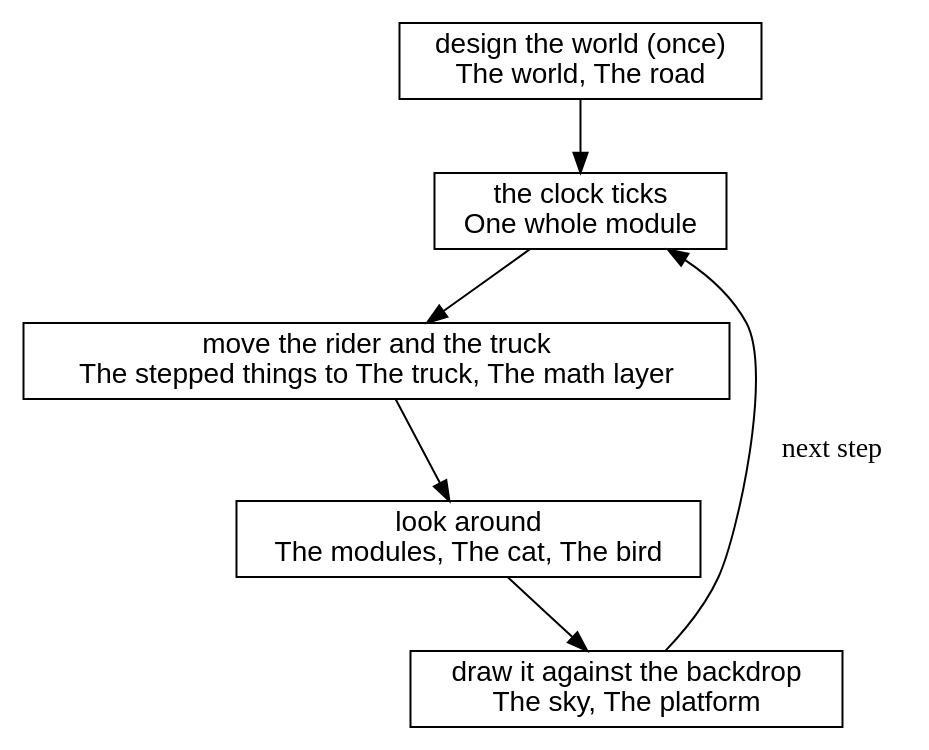
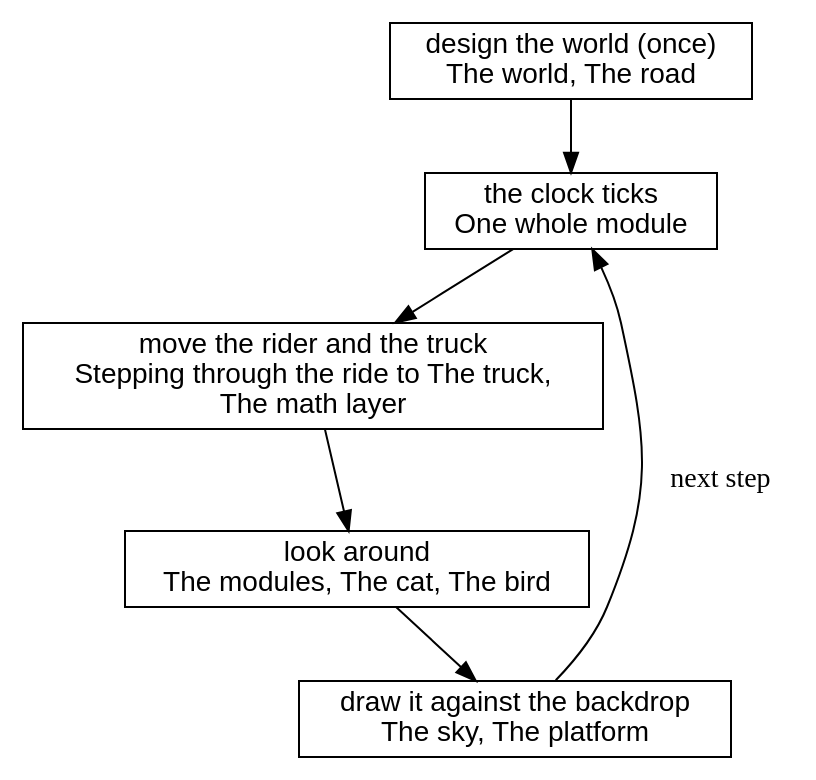
One commit to showell/roc-apps changed diagram 29 of 29 in canvas_apps/safari/tutorial/tutorial.md. Above: the diagram before and after it, drawn with Graphviz. The commit also changed other lines of this file and 1 other file, not shown here.

````diff
--- a/canvas_apps/safari/tutorial/tutorial.md
+++ b/canvas_apps/safari/tutorial/tutorial.md
@@ -2305,15 +2345,15 @@
 ```dot
 digraph opened {
   node [shape=box, fontname="Helvetica"];
   world [label="design the world (once)\nThe world, The road"];
   tick [label="the clock ticks\nOne whole module"];
-  move [label="move the rider and the truck\nThe stepped things to The truck, The math layer"];
+  move [label="move the rider and the truck\nStepping through the ride to The truck,\nThe math layer"];
   look [label="look around\nThe modules, The cat, The bird"];
   draw [label="draw it against the backdrop\nThe sky, The platform"];
   world -> tick;
   tick -> move;
   move -> look;
   look -> draw;
   draw -> tick [label="  next step"];
 }
 ```
````
